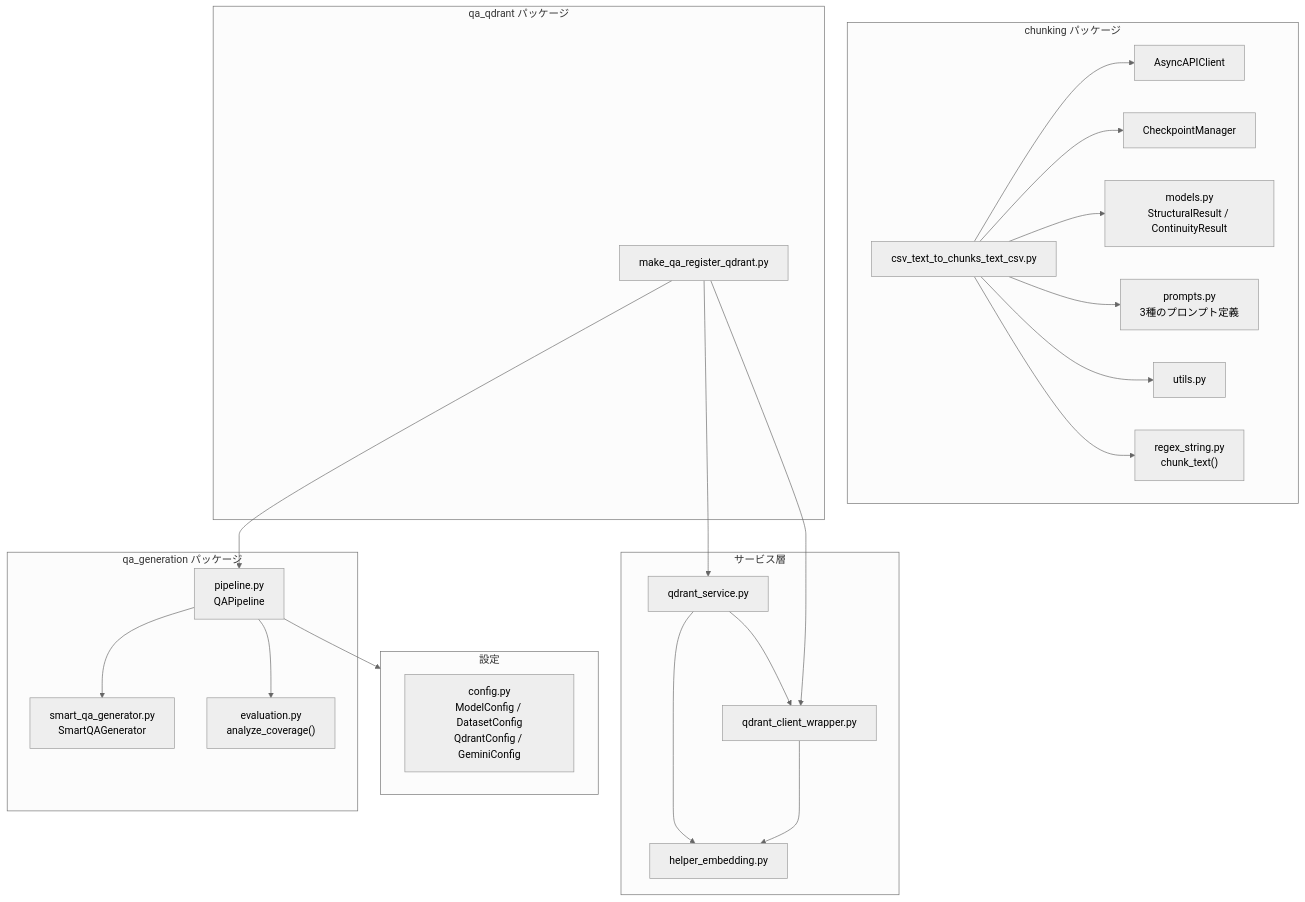
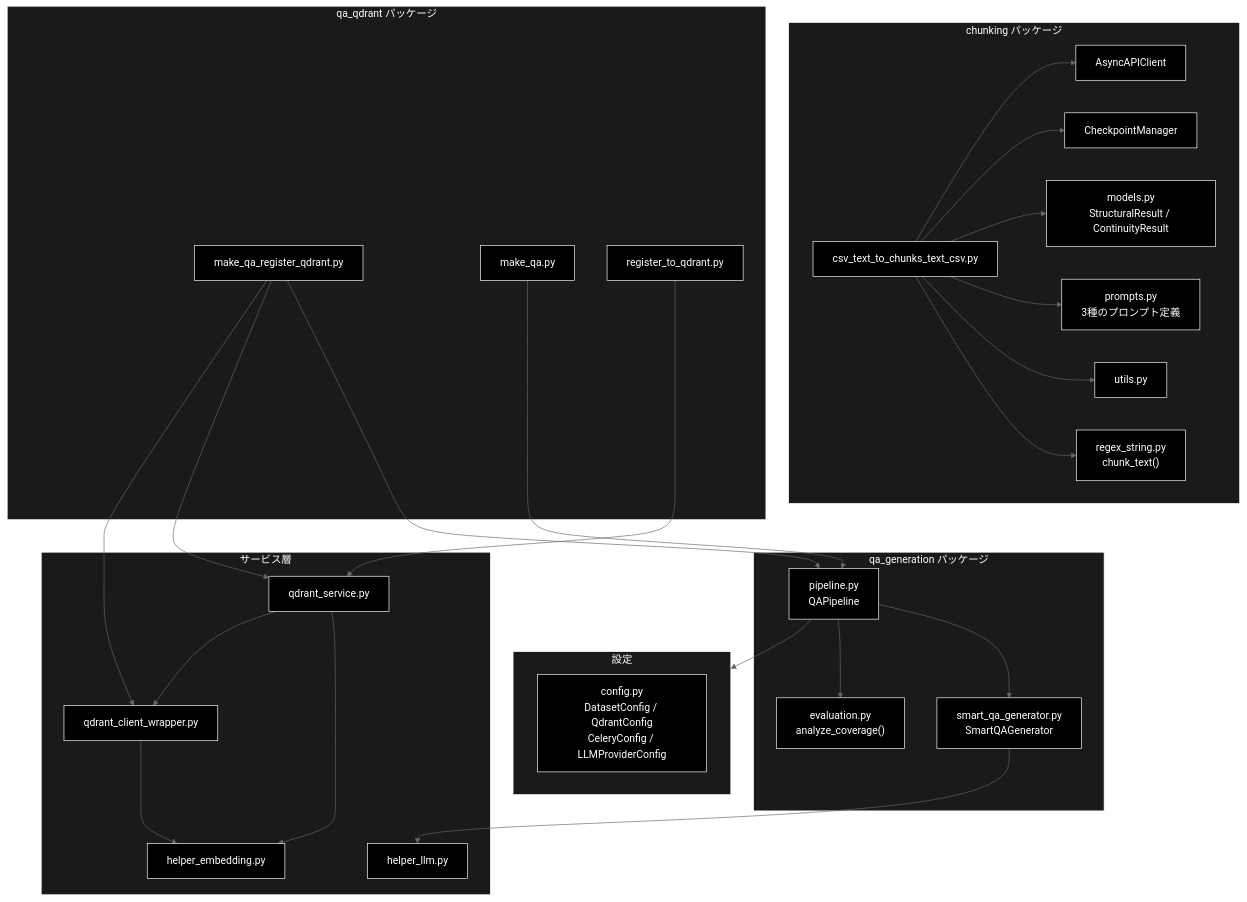
The second of 5 diagrams in readme_rag.md (nakashima2toshio/openai_grace_agent), drawn with Mermaid (neutral theme) before and after one commit. The commit also changed other lines of this file and 4 other files, not shown here.

````diff
--- a/readme_rag.md
+++ b/readme_rag.md
@@ -309,51 +354,65 @@
 ```mermaid
 flowchart TB
     subgraph CHUNKING_PKG["chunking パッケージ"]
         CSV_CHUNK["csv_text_to_chunks_text_csv.py"]
         ASYNC_CLI["AsyncAPIClient"]
         CHECKPOINT["CheckpointManager"]
         MODELS["models.py<br/>StructuralResult / ContinuityResult"]
         PROMPTS["prompts.py<br/>3種のプロンプト定義"]
         UTILS["utils.py"]
         REGEX["regex_string.py<br/>chunk_text()"]
     end
 
     subgraph QA_QDRANT["qa_qdrant パッケージ"]
         MAKE_QA["make_qa_register_qdrant.py"]
+        MAKE_QA_ONLY["make_qa.py"]
+        REG_ONLY["register_to_qdrant.py"]
     end
 
     subgraph QA_GEN["qa_generation パッケージ"]
         QA_PIPE["pipeline.py<br/>QAPipeline"]
         SMART_GEN["smart_qa_generator.py<br/>SmartQAGenerator"]
         EVAL["evaluation.py<br/>analyze_coverage()"]
     end
 
     subgraph SERVICES["サービス層"]
         QDRANT_SVC["qdrant_service.py"]
         QDRANT_WRAP["qdrant_client_wrapper.py"]
         HELPER_EMB["helper_embedding.py"]
+        HELPER_LLM["helper_llm.py"]
     end
 
     subgraph CONFIG_PKG["設定"]
-        CONFIG["config.py<br/>ModelConfig / DatasetConfig<br/>QdrantConfig / GeminiConfig"]
+        CONFIG["config.py<br/>DatasetConfig / QdrantConfig<br/>CeleryConfig / LLMProviderConfig"]
     end
 
     CSV_CHUNK --> ASYNC_CLI
     CSV_CHUNK --> CHECKPOINT
     CSV_CHUNK --> MODELS
     CSV_CHUNK --> PROMPTS
     CSV_CHUNK --> UTILS
     CSV_CHUNK --> REGEX
 
     MAKE_QA --> QA_PIPE
     MAKE_QA --> QDRANT_SVC
     MAKE_QA --> QDRANT_WRAP
+    MAKE_QA_ONLY --> QA_PIPE
+    REG_ONLY --> QDRANT_SVC
 
     QA_PIPE --> SMART_GEN
     QA_PIPE --> EVAL
     QA_PIPE --> CONFIG_PKG
+    SMART_GEN --> HELPER_LLM
 
     QDRANT_SVC --> HELPER_EMB
     QDRANT_SVC --> QDRANT_WRAP
     QDRANT_WRAP --> HELPER_EMB
+classDef default fill:#000,stroke:#fff,color:#fff
+classDef subgraphStyle fill:#1a1a1a,stroke:#fff,color:#fff
+class CSV_CHUNK,ASYNC_CLI,CHECKPOINT,MODELS,PROMPTS,UTILS,REGEX,MAKE_QA,MAKE_QA_ONLY,REG_ONLY,QA_PIPE,SMART_GEN,EVAL,QDRANT_SVC,QDRANT_WRAP,HELPER_EMB,HELPER_LLM,CONFIG default
+style CHUNKING_PKG fill:#1a1a1a,stroke:#fff,color:#fff
+style QA_QDRANT fill:#1a1a1a,stroke:#fff,color:#fff
+style QA_GEN fill:#1a1a1a,stroke:#fff,color:#fff
+style SERVICES fill:#1a1a1a,stroke:#fff,color:#fff
+style CONFIG_PKG fill:#1a1a1a,stroke:#fff,color:#fff
 ```
````
